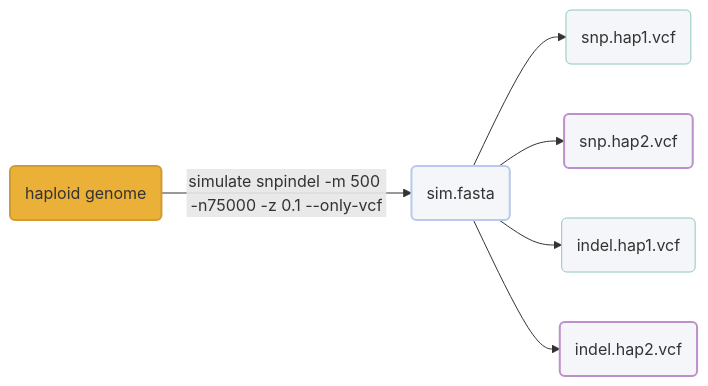
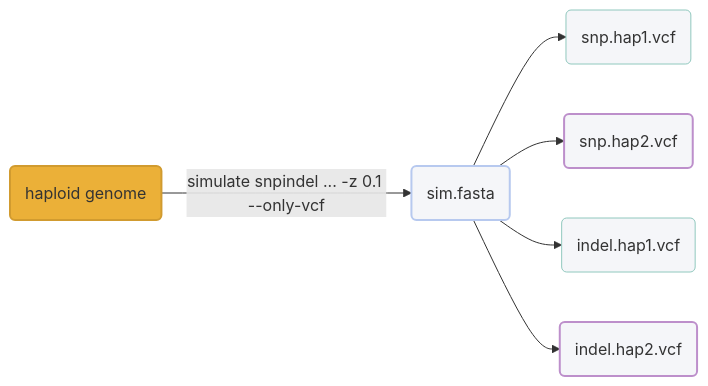
Before and after one commit to pdimens/harpy: the second of 3 diagrams in blog/simulate_diploid.md, drawn with Mermaid. The commit also changed other lines of this file, not shown here.

````diff
--- a/blog/simulate_diploid.md
+++ b/blog/simulate_diploid.md
@@ -95,14 +95,14 @@
 ```mermaid
 graph LR
-    geno(haploid genome)-->|simulate snpindel -m 500 -n75000 -z 0.1 --only-vcf|hap(sim.fasta):::clean
+    geno(haploid genome)-->|simulate snpindel ... -z 0.1 --only-vcf|hap(sim.fasta):::clean
     hap-->snp1(snp.hap1.vcf)
     hap-->snp2(snp.hap2.vcf)
     hap-->indel1(indel.hap1.vcf)
     hap-->indel2(indel.hap2.vcf)
     style geno fill:#ebb038,stroke:#d19b2f,stroke-width:2px
     style snp1 fill:#f5f6f9,stroke:#90c8be,stro ke-width:2px
     style indel1 fill:#f5f6f9,stroke:#90c8be,stro ke-width:2px
     style snp2 fill:#f5f6f9,stroke:#bd8fcb,stroke-width:2px
     style indel2 fill:#f5f6f9,stroke:#bd8fcb,stroke-width:2px
     classDef clean fill:#f5f6f9,stroke:#b7c9ef,stroke-width:2px
 ```
````
